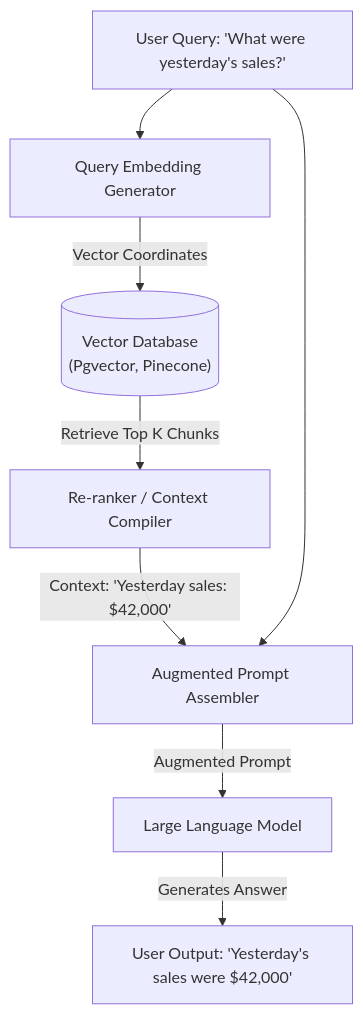
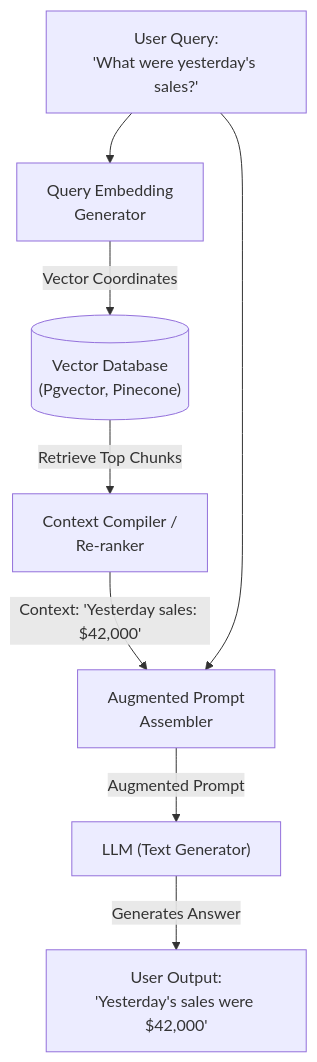
One commit to murugadossp/llm-concepts changed the diagram in apps/web/src/content/chapters/04-1-cutoff.mdx. Above: the diagram before and after it, drawn with Mermaid. The commit also changed 9 other files, not shown here.

Commit message:
style: fix mermaid text clipping with br tags and implement adaptive light/dark mode css overrides

````diff
--- a/apps/web/src/content/chapters/04-1-cutoff.mdx
+++ b/apps/web/src/content/chapters/04-1-cutoff.mdx
@@ -49,10 +49,10 @@
 ```mermaid
 graph TD
-  User["User Query: 'What were yesterday's sales?'"] --> Embed["Query Embedding Generator"]
-  Embed -->|Vector Coordinates| VDB[("Vector Database\n(Pgvector, Pinecone)")]
-  VDB -->|Retrieve Top K Chunks| Ranker["Re-ranker / Context Compiler"]
-  Ranker -->|Context: 'Yesterday sales: $42,000'| PromptBuilder["Augmented Prompt Assembler"]
+  User["User Query:<br/>'What were yesterday's sales?'"] --> Embed["Query Embedding<br/>Generator"]
+  Embed -->|Vector Coordinates| VDB[("Vector Database<br/>(Pgvector, Pinecone)")]
+  VDB -->|Retrieve Top Chunks| Ranker["Context Compiler /<br/>Re-ranker"]
+  Ranker -->|Context: 'Yesterday sales: $42,000'| PromptBuilder["Augmented Prompt<br/>Assembler"]
   User --> PromptBuilder
-  PromptBuilder -->|Augmented Prompt| LLM["Large Language Model"]
-  LLM -->|Generates Answer| Answer["User Output: 'Yesterday's sales were $42,000'"]
+  PromptBuilder -->|Augmented Prompt| LLM["LLM (Text Generator)"]
+  LLM -->|Generates Answer| Answer["User Output:<br/>'Yesterday's sales were $42,000'"]
 ```
````
